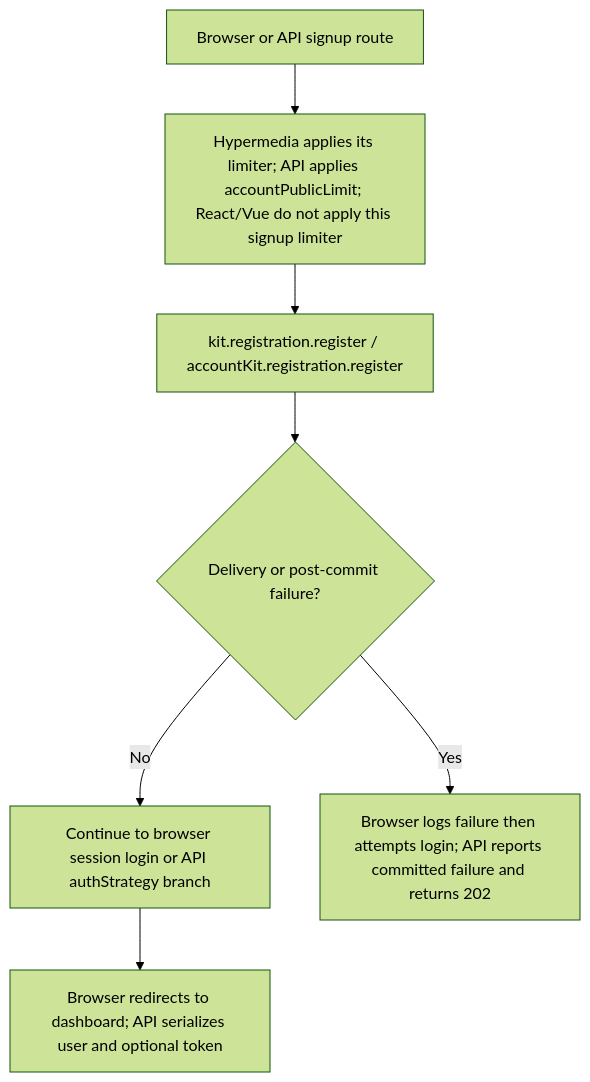
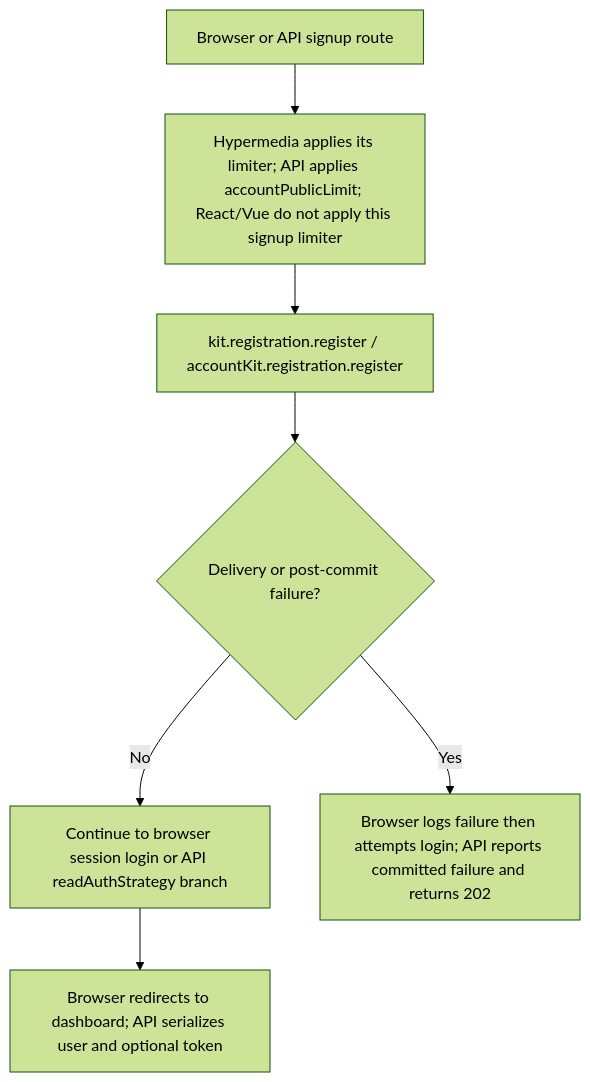
Before and after one commit to Kevinjohn/oss-adonisjs-starter-examples: the second of 2 diagrams in user-stories/accounts/us-account-01-register.md, drawn with Mermaid (forest theme). The commit also changed 27 other files, not shown here.

````diff
--- a/user-stories/accounts/us-account-01-register.md
+++ b/user-stories/accounts/us-account-01-register.md
@@ -45,9 +45,9 @@
 ```mermaid
 flowchart TD
     A["Browser or API signup route"] --> B["Hypermedia applies its limiter; API applies accountPublicLimit; React/Vue do not apply this signup limiter"]
     B --> C["kit.registration.register / accountKit.registration.register"]
     C --> D{"Delivery or post-commit failure?"}
-    D -->|No| E["Continue to browser session login or API authStrategy branch"]
+    D -->|No| E["Continue to browser session login or API readAuthStrategy branch"]
     D -->|Yes| F["Browser logs failure then attempts login; API reports committed failure and returns 202"]
     E --> G["Browser redirects to dashboard; API serializes user and optional token"]
 ```
````
